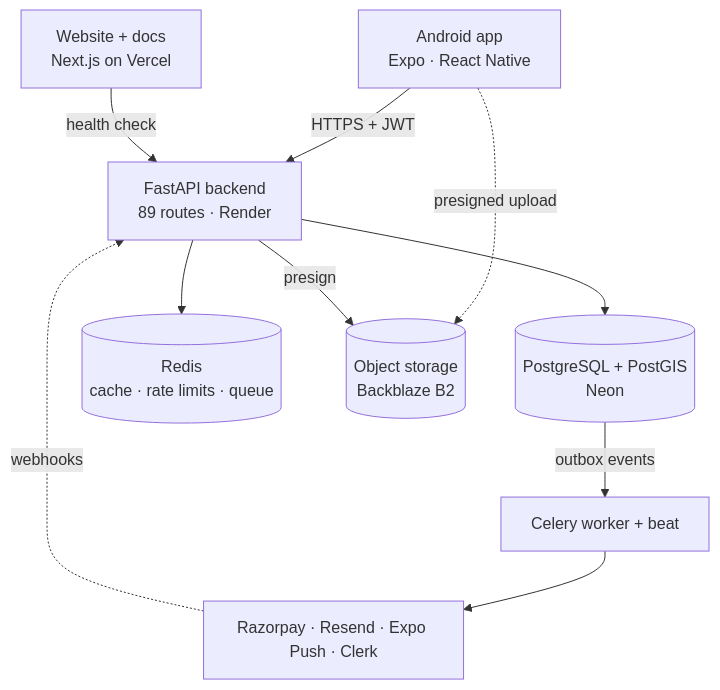
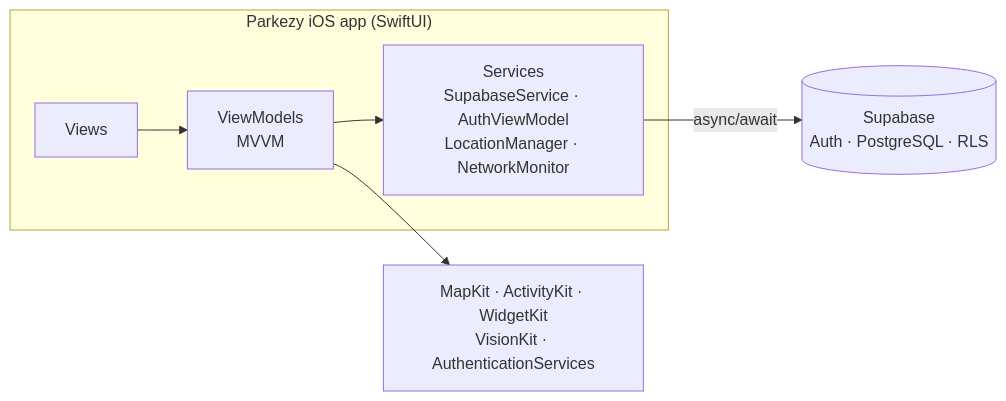
The diagram in README.md (Prathmesh-04/Parkezy), drawn with Mermaid before and after one commit. The commit also changed other lines of this file, not shown here.

Commit message:
rewrite readme for the ios app only

````diff
--- a/README.md
+++ b/README.md
@@ -80,21 +69,9 @@
 ```mermaid
-flowchart TB
-    app["Android app<br/>Expo · React Native"]
-    web["Website + docs<br/>Next.js on Vercel"]
-    api["FastAPI backend<br/>89 routes · Render"]
-    pg[("PostgreSQL + PostGIS<br/>Neon")]
-    redis[("Redis<br/>cache · rate limits · queue")]
-    s3[("Object storage<br/>Backblaze B2")]
-    worker["Celery worker + beat"]
-    ext["Razorpay · Resend · Expo Push · Clerk"]
-
-    app -->|HTTPS + JWT| api
-    web -->|health check| api
-    app -. presigned upload .-> s3
-    api --> pg
-    api --> redis
-    api -->|presign| s3
-    pg -->|outbox events| worker
-    worker --> ext
-    ext -. webhooks .-> api
+flowchart LR
+    subgraph App["Parkezy iOS app (SwiftUI)"]
+        Views["Views"] --> VM["ViewModels<br/>MVVM"]
+        VM --> Services["Services<br/>SupabaseService · AuthViewModel<br/>LocationManager · NetworkMonitor"]
+    end
+    Services -->|async/await| Supabase[("Supabase<br/>Auth · PostgreSQL · RLS")]
+    VM --> Apple["MapKit · ActivityKit · WidgetKit<br/>VisionKit · AuthenticationServices"]
 ```
````
